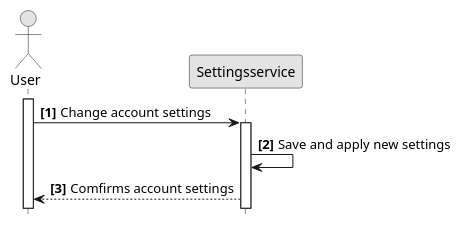
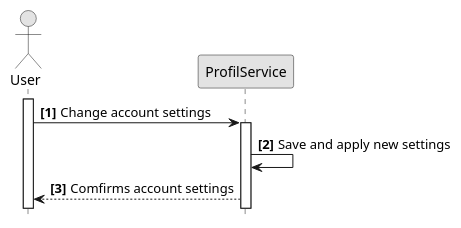
One commit to converge-app/diagrams changed the diagram in src/software-architecture/sequence/settings.pu. Above: the diagram before and after it, drawn with PlantUML.

Commit message:
added some changes

```diff
--- a/src/software-architecture/sequence/settings.pu
+++ b/src/software-architecture/sequence/settings.pu
@@ -1,16 +1,16 @@
 @startuml
 hide footbox
 autonumber "<b>[0]"
 skinparam monochrome true
 
 actor User
 
-participant Settingsservice
+participant ProfilService
 
 activate User
-User ->  Settingsservice: Change account settings
+User ->  ProfilService: Change account settings
 
-activate  Settingsservice
- Settingsservice ->  Settingsservice: Save and apply new settings
- Settingsservice --> User: Comfirms account settings 
+activate  ProfilService
+ ProfilService ->  ProfilService: Save and apply new settings
+ ProfilService --> User: Comfirms account settings 
 @enduml
```
